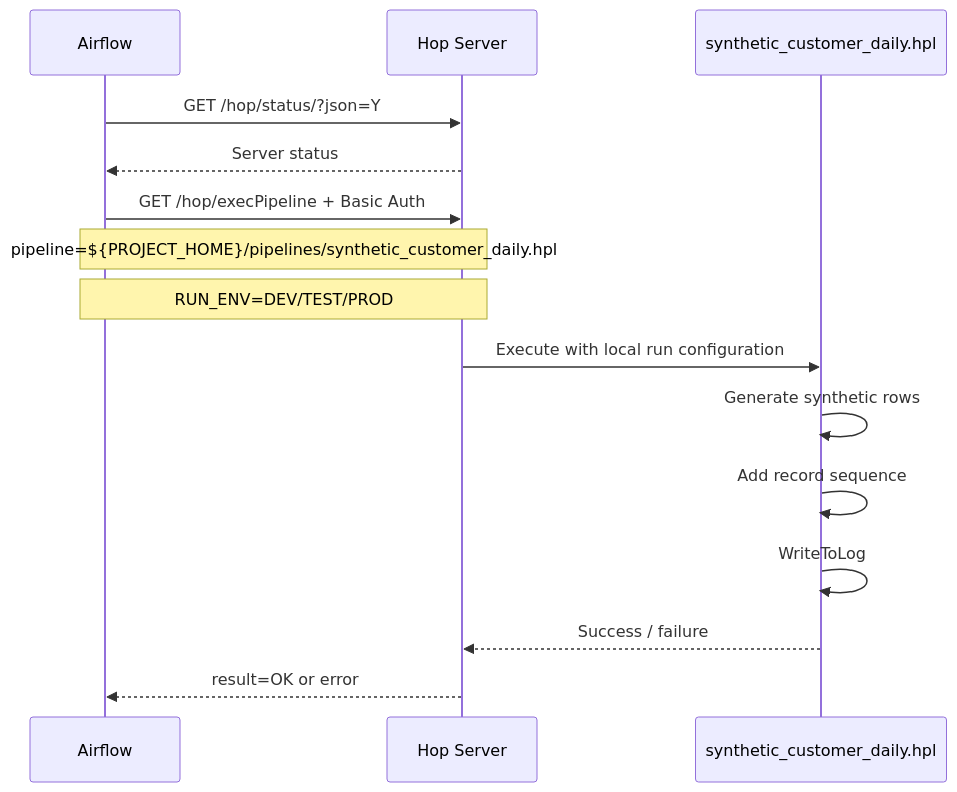
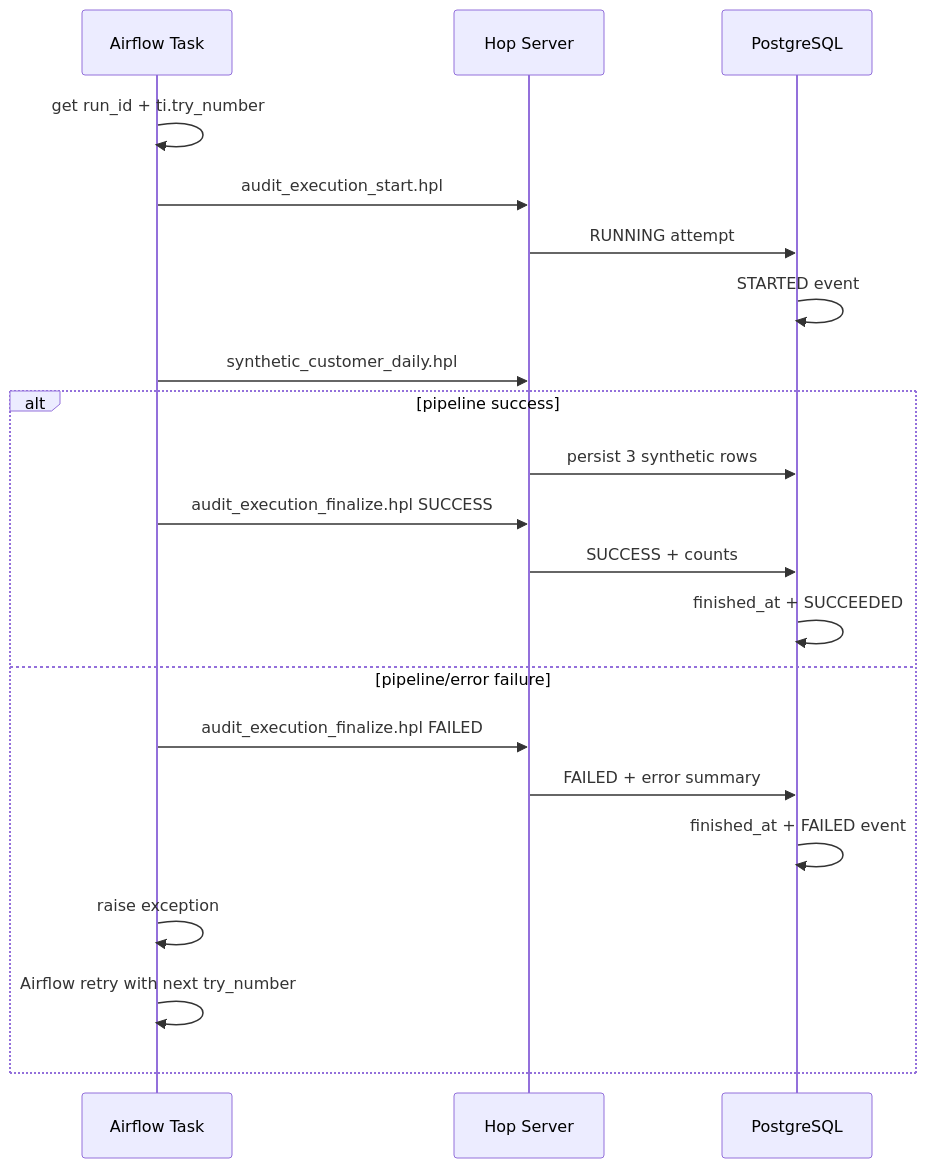
One commit to kewinall/enterprise-etl-platform changed the diagram in docs/ORCHESTRATION.md. Above: the diagram before and after it, drawn with Mermaid. The commit also changed other lines of this file and 28 other files, not shown here.

First line of the commit message:
feat: deliver v0.3 PostgreSQL audit and retry lifecycle

````diff
--- a/docs/ORCHESTRATION.md
+++ b/docs/ORCHESTRATION.md
@@ -16,18 +21,26 @@
 ```mermaid
 sequenceDiagram
-    participant A as Airflow
+    participant A as Airflow Task
     participant H as Hop Server
-    participant P as synthetic_customer_daily.hpl
+    participant DB as PostgreSQL
 
-    A->>H: GET /hop/status/?json=Y
-    H-->>A: Server status
-    A->>H: GET /hop/execPipeline + Basic Auth
-    Note over A,H: pipeline=${PROJECT_HOME}/pipelines/synthetic_customer_daily.hpl
-    Note over A,H: RUN_ENV=DEV/TEST/PROD
-    H->>P: Execute with local run configuration
-    P->>P: Generate synthetic rows
-    P->>P: Add record sequence
-    P->>P: WriteToLog
-    P-->>H: Success / failure
-    H-->>A: result=OK or error
+    A->>A: get run_id + ti.try_number
+    A->>H: audit_execution_start.hpl
+    H->>DB: RUNNING attempt
+    DB->>DB: STARTED event
+
+    A->>H: synthetic_customer_daily.hpl
+
+    alt pipeline success
+        H->>DB: persist 3 synthetic rows
+        A->>H: audit_execution_finalize.hpl SUCCESS
+        H->>DB: SUCCESS + counts
+        DB->>DB: finished_at + SUCCEEDED
+    else pipeline/error failure
+        A->>H: audit_execution_finalize.hpl FAILED
+        H->>DB: FAILED + error summary
+        DB->>DB: finished_at + FAILED event
+        A->>A: raise exception
+        A->>A: Airflow retry with next try_number
+    end
 ```
````
